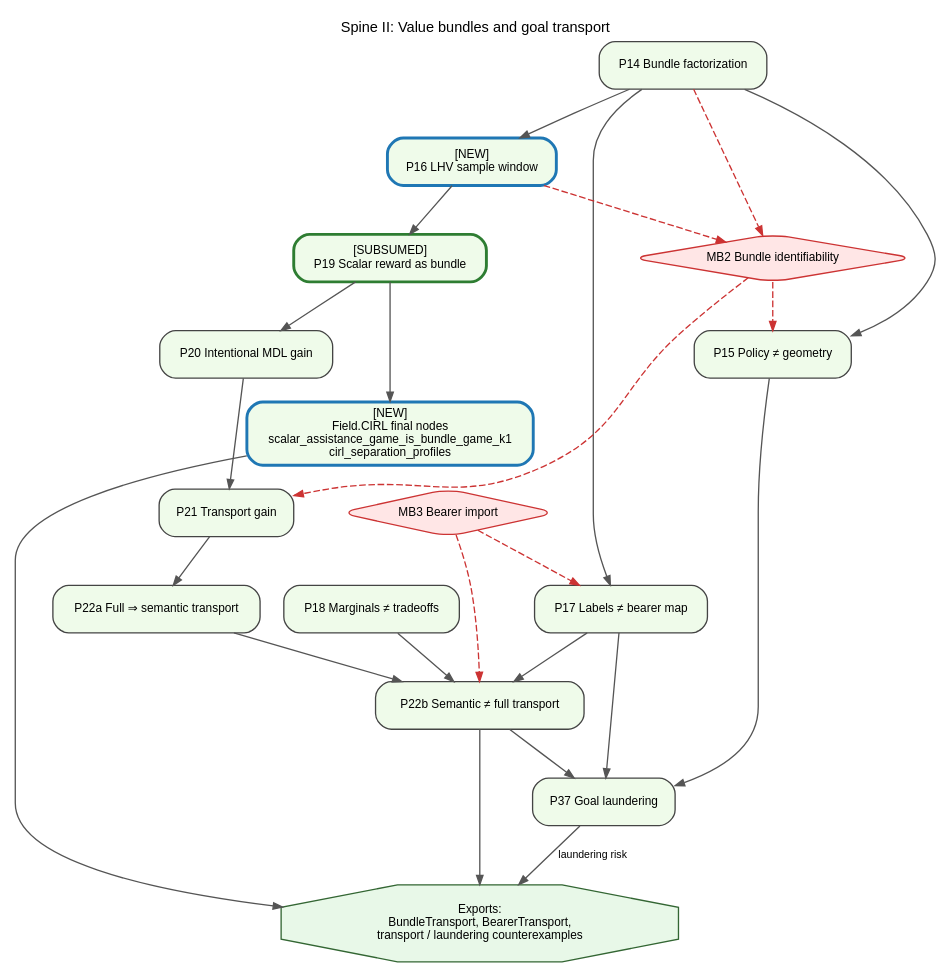
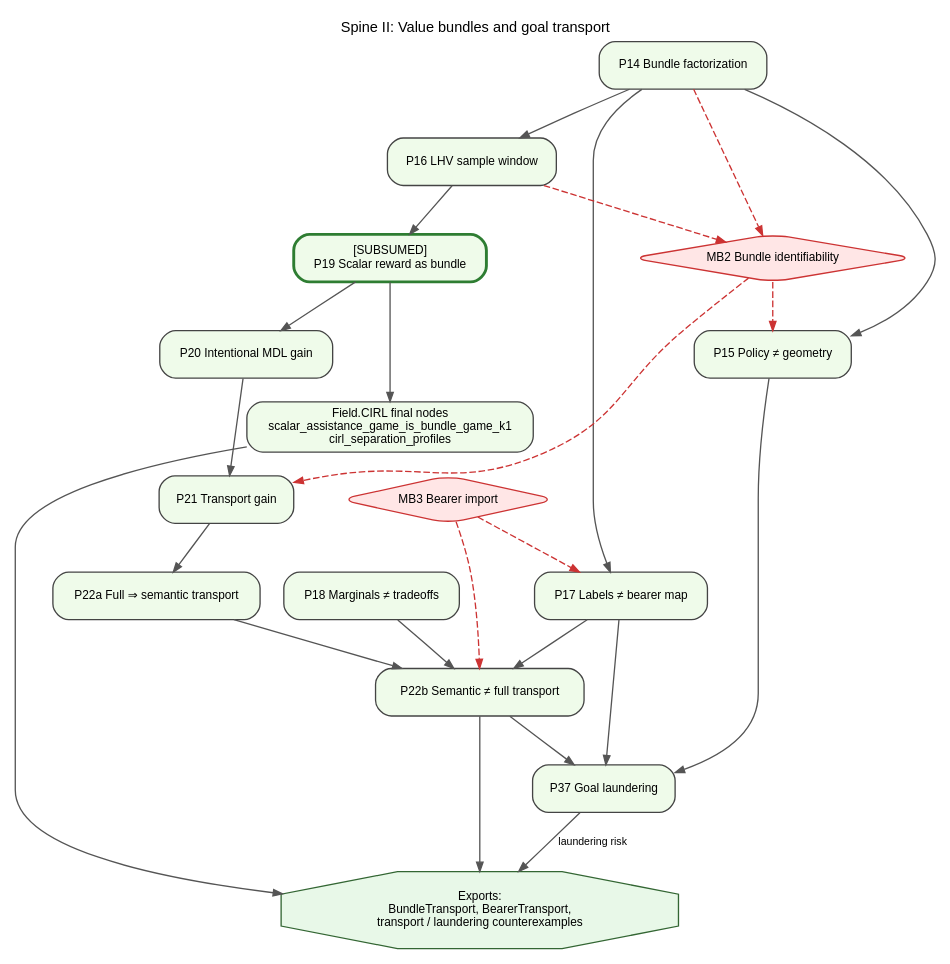
One commit to GunnarZarncke/towards-asi-alignment changed the diagram in context/lean_proof_graphs/02-value-transport.dot. Above: the diagram before and after it, drawn with Graphviz. The commit also changed 13 other files, not shown here.

First line of the commit message:
Remove [NEW] recency markers from Lean spine diagrams and Appendix I.

```diff
--- a/context/lean_proof_graphs/02-value-transport.dot
+++ b/context/lean_proof_graphs/02-value-transport.dot
@@ -1,55 +1,55 @@
 digraph Spine02ValueTransport {
   graph [
     rankdir=TB,
     bgcolor="white",
     splines=true,
     overlap=false,
     fontsize=11,
     fontname="Helvetica",
     label="Spine II: Value bundles and goal transport",
     labelloc="t"
   ];
   node [shape=box, style="rounded,filled", fontname="Helvetica", fontsize=9, color="#444444"];
   edge [fontname="Helvetica", fontsize=8, color="#555555", arrowsize=0.7];
 
   P14 [label="P14 Bundle factorization", fillcolor="#EFFBEA"];
   P15 [label="P15 Policy ≠ geometry", fillcolor="#EFFBEA"];
-  P16 [label="[NEW]\nP16 LHV sample window", fillcolor="#EFFBEA", color="#1F77B4", penwidth=2.2];
+  P16 [label="P16 LHV sample window", fillcolor="#EFFBEA"];
   P17 [label="P17 Labels ≠ bearer map", fillcolor="#EFFBEA"];
   P18 [label="P18 Marginals ≠ tradeoffs", fillcolor="#EFFBEA"];
   P19 [label="[SUBSUMED]\nP19 Scalar reward as bundle", fillcolor="#EFFBEA", color="#2E7D32", penwidth=2.2];
-  FCIRL [label="[NEW]\nField.CIRL final nodes\nscalar_assistance_game_is_bundle_game_k1\ncirl_separation_profiles", fillcolor="#EFFBEA", color="#1F77B4", penwidth=2.2];
+  FCIRL [label="Field.CIRL final nodes\nscalar_assistance_game_is_bundle_game_k1\ncirl_separation_profiles", fillcolor="#EFFBEA"];
   P20 [label="P20 Intentional MDL gain", fillcolor="#EFFBEA"];
   P21 [label="P21 Transport gain", fillcolor="#EFFBEA"];
   P22a [label="P22a Full ⇒ semantic transport", fillcolor="#EFFBEA"];
   P22b [label="P22b Semantic ≠ full transport", fillcolor="#EFFBEA"];
   P37 [label="P37 Goal laundering", fillcolor="#EFFBEA"];
 
   MB2 [shape=diamond, fillcolor="#FFE6E6", color="#CC3333", label="MB2 Bundle identifiability"];
   MB3 [shape=diamond, fillcolor="#FFE6E6", color="#CC3333", label="MB3 Bearer import"];
 
   OUT [shape=octagon, style="filled", fillcolor="#E8F8E8", color="#336633",
        label="Exports:\nBundleTransport, BearerTransport,\ntransport / laundering counterexamples"];
 
   P14 -> P15;
   P14 -> P16;
   P14 -> P17;
   P16 -> P19 -> P20 -> P21 -> P22a -> P22b;
   P19 -> FCIRL;
   P17 -> P22b;
   P18 -> P22b;
   P15 -> P37;
   P17 -> P37;
   P22b -> P37;
 
   P14 -> MB2 [style=dashed, color="#CC3333"];
   P16 -> MB2 [style=dashed, color="#CC3333"];
   MB2 -> P15 [style=dashed, color="#CC3333"];
   MB2 -> P21 [style=dashed, color="#CC3333"];
   MB3 -> P17 [style=dashed, color="#CC3333"];
   MB3 -> P22b [style=dashed, color="#CC3333"];
 
   P22b -> OUT;
   FCIRL -> OUT;
   P37 -> OUT [label="laundering risk"];
 }
```
